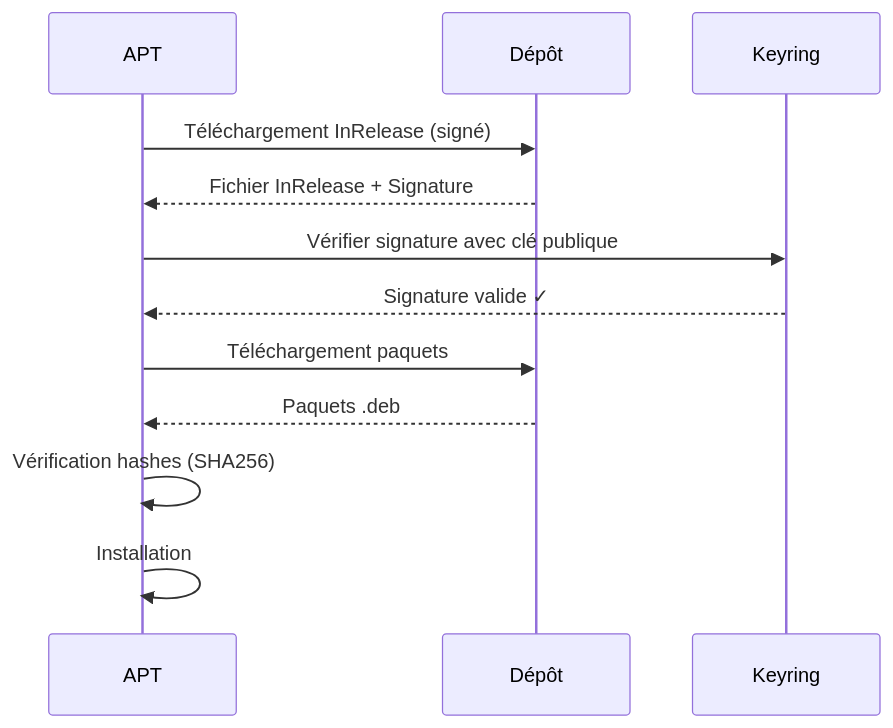
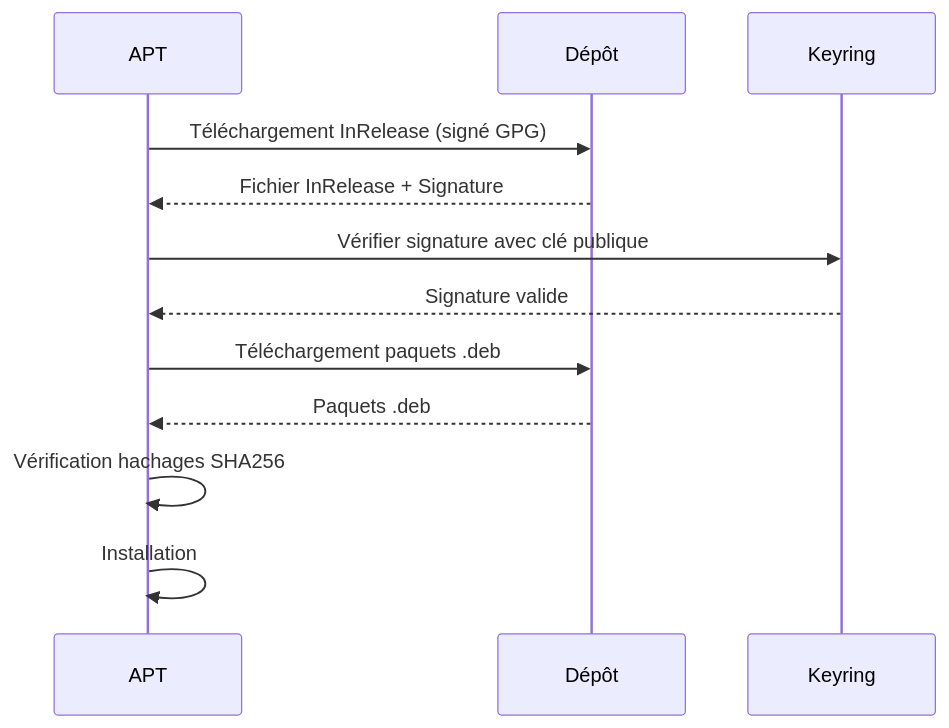
The second of 2 diagrams in docs/bases/paquets/apt-debian.md (zyrass/omnydocs), drawn with Mermaid before and after one commit. The commit also changed other lines of this file and 671 other files, not shown here.

````diff
--- a/docs/bases/paquets/apt-debian.md
+++ b/docs/bases/paquets/apt-debian.md
@@ -670,15 +550,15 @@
 ```mermaid
 sequenceDiagram
     participant APT
     participant Dépôt
     participant Keyring
-    
-    APT->>Dépôt: Téléchargement InRelease (signé)
+
+    APT->>Dépôt: Téléchargement InRelease (signé GPG)
     Dépôt-->>APT: Fichier InRelease + Signature
     APT->>Keyring: Vérifier signature avec clé publique
-    Keyring-->>APT: Signature valide ✓
-    APT->>Dépôt: Téléchargement paquets
+    Keyring-->>APT: Signature valide
+    APT->>Dépôt: Téléchargement paquets .deb
     Dépôt-->>APT: Paquets .deb
-    APT->>APT: Vérification hashes (SHA256)
+    APT->>APT: Vérification hachages SHA256
     APT->>APT: Installation
 ```
````
